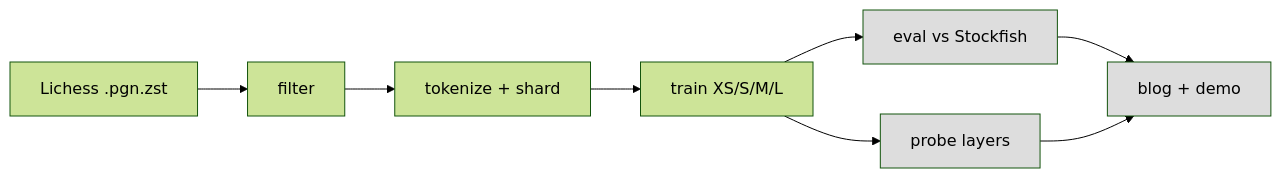
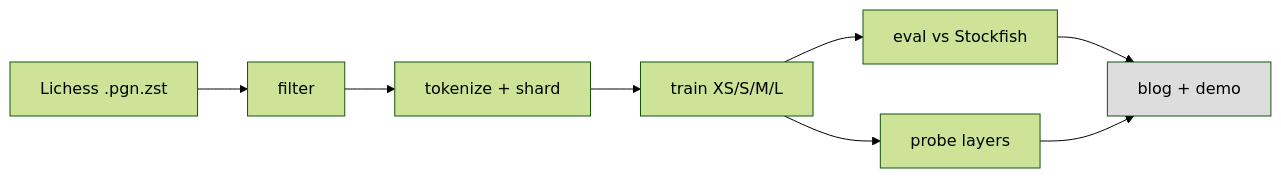
The diagram in README.md (AshishSinha5/chess-lm), drawn with Mermaid (forest theme) before and after one commit. The commit also changed other lines of this file and 9 other files, not shown here.

````diff
--- a/README.md
+++ b/README.md
@@ -8,13 +8,11 @@
 ```mermaid
 flowchart LR
   A[Lichess .pgn.zst] --> B[filter]
   B --> C[tokenize + shard]
   C --> D[train XS/S/M/L]
   D --> E[eval vs Stockfish]
   D --> F[probe layers]
   E --> G[blog + demo]
   F --> G
-  style E fill:#ddd
-  style F fill:#ddd
   style G fill:#ddd
 ```
````
